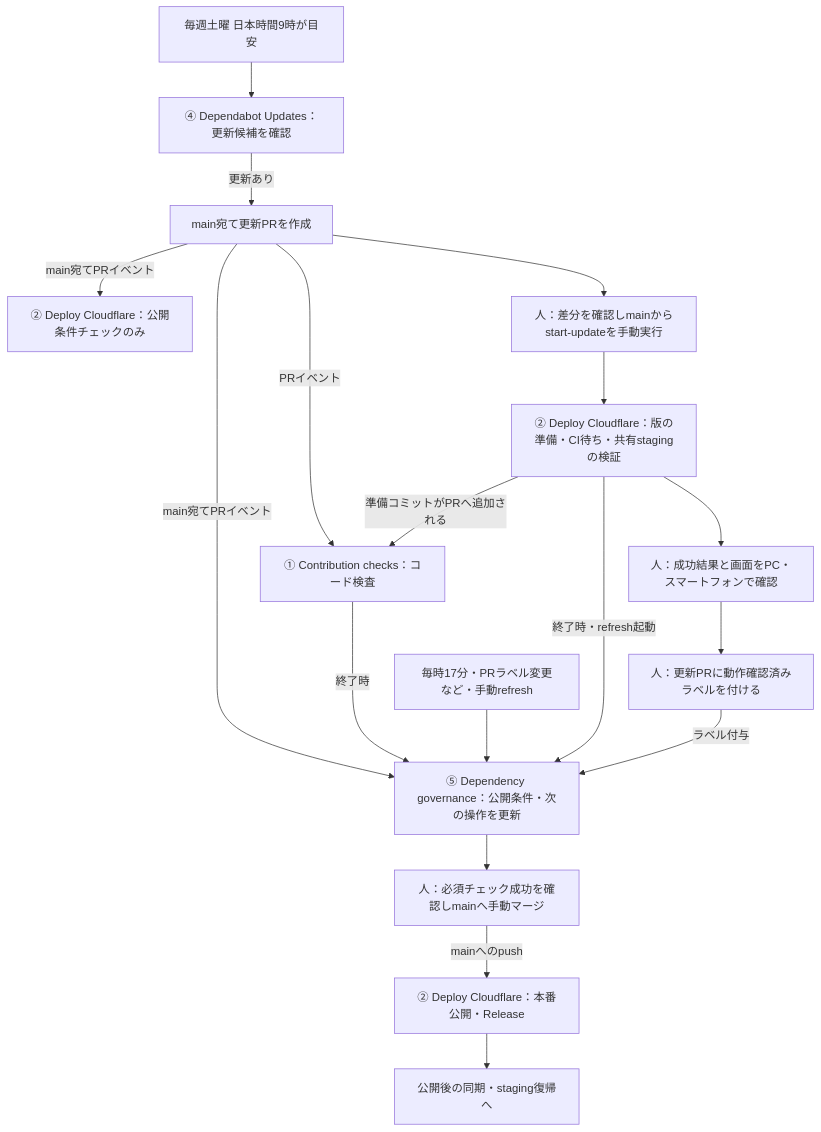
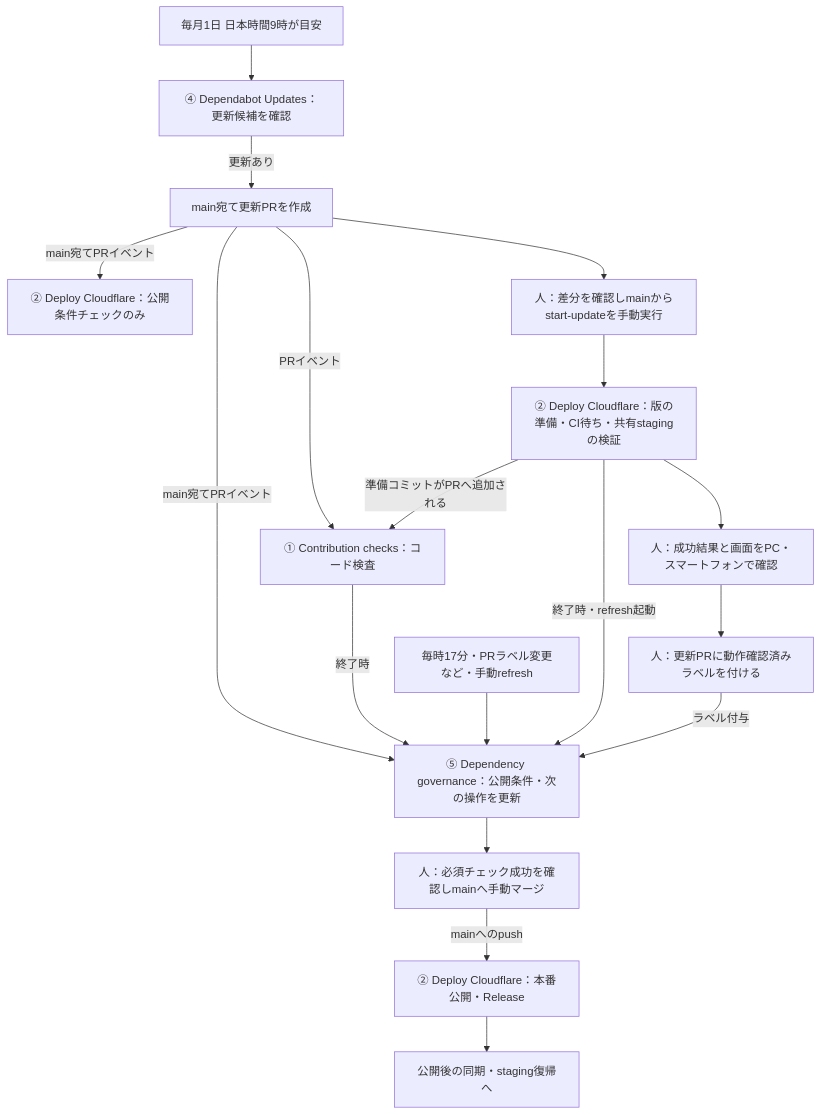
One commit to keisuke0322/tsuri-kiroku changed the third of 5 diagrams in docs/workflows.md. Above: the diagram before and after it, drawn with Mermaid. The commit also changed other lines of this file and 2 other files, not shown here.

Commit message:
chore: check Dependabot version updates monthly

````diff
--- a/docs/workflows.md
+++ b/docs/workflows.md
@@ -89,20 +89,20 @@
 ```mermaid
 flowchart TD
-    A[毎週土曜 日本時間9時が目安] --> B[④ Dependabot Updates：更新候補を確認]
+    A[毎月1日 日本時間9時が目安] --> B[④ Dependabot Updates：更新候補を確認]
     B -->|更新あり| C[main宛て更新PRを作成]
     C -->|PRイベント| D[① Contribution checks：コード検査]
     C -->|main宛てPRイベント| E[② Deploy Cloudflare：公開条件チェックのみ]
     C -->|main宛てPRイベント| F[⑤ Dependency governance：公開条件・次の操作を更新]
     D -->|終了時| F
     G[毎時17分・PRラベル変更など・手動refresh] --> F
     C --> H[人：差分を確認しmainからstart-updateを手動実行]
     H --> I[② Deploy Cloudflare：版の準備・CI待ち・共有stagingの検証]
     I -->|準備コミットがPRへ追加される| D
     I -->|終了時・refresh起動| F
     I --> J[人：成功結果と画面をPC・スマートフォンで確認]
     J --> K[人：更新PRに動作確認済みラベルを付ける]
     K -->|ラベル付与| F
     F --> L[人：必須チェック成功を確認しmainへ手動マージ]
     L -->|mainへのpush| M[② Deploy Cloudflare：本番公開・Release]
     M --> N[公開後の同期・staging復帰へ]
 ```
````
